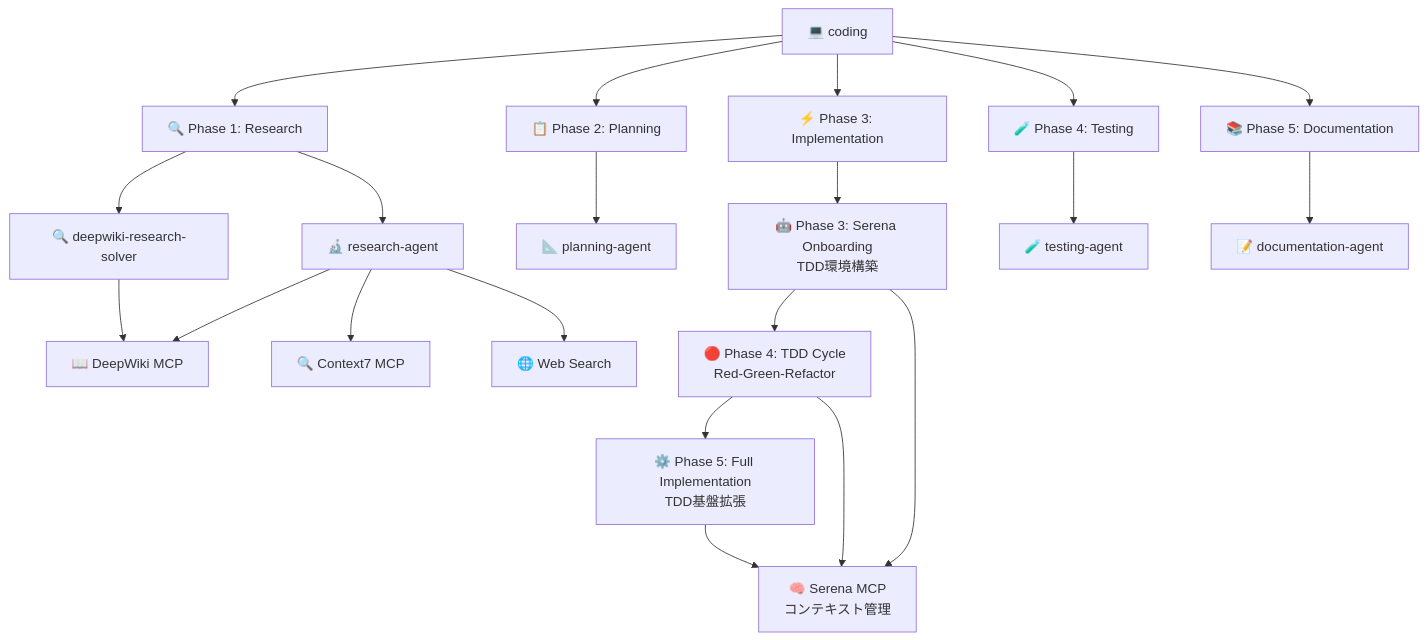
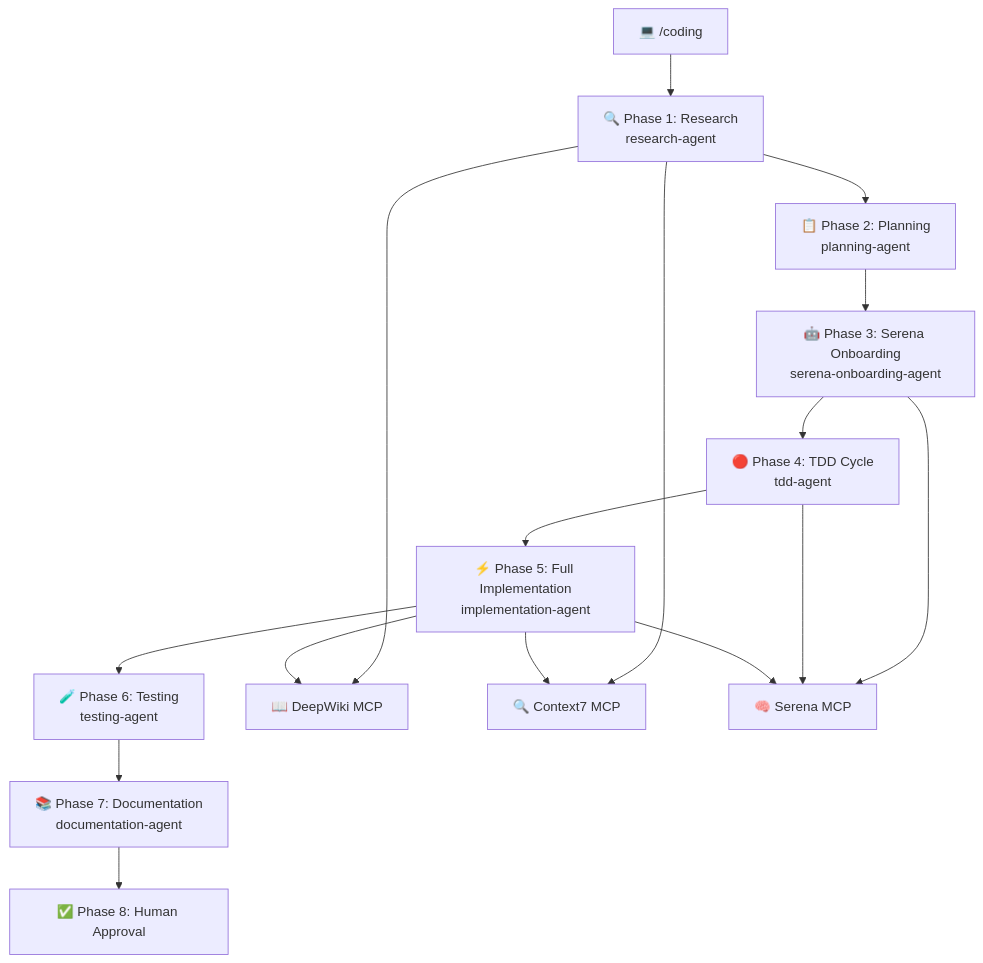
The third of 9 diagrams in docs/design/ARCHITECTURE.md (s-hiraoku/b2b-design-system), drawn with Mermaid before and after one commit. The commit also changed other lines of this file, not shown here.

````diff
--- a/docs/design/ARCHITECTURE.md
+++ b/docs/design/ARCHITECTURE.md
@@ -73,35 +73,20 @@
 ```mermaid
 graph TD
-    CodingMain[💻 coding] --> ResearchPhase[🔍 Phase 1: Research]
-    CodingMain --> PlanningPhase[📋 Phase 2: Planning]
-    CodingMain --> ImplementPhase[⚡ Phase 3: Implementation]
-    CodingMain --> TestPhase[🧪 Phase 4: Testing]
-    CodingMain --> DocPhase[📚 Phase 5: Documentation]
+    CodingMain[💻 /coding] --> Phase1[🔍 Phase 1: Research<br/>research-agent]
+    Phase1 --> Phase2[📋 Phase 2: Planning<br/>planning-agent]
+    Phase2 --> Phase3[🤖 Phase 3: Serena Onboarding<br/>serena-onboarding-agent]
+    Phase3 --> Phase4[🔴 Phase 4: TDD Cycle<br/>tdd-agent]
+    Phase4 --> Phase5[⚡ Phase 5: Full Implementation<br/>implementation-agent]
+    Phase5 --> Phase6[🧪 Phase 6: Testing<br/>testing-agent]
+    Phase6 --> Phase7[📚 Phase 7: Documentation<br/>documentation-agent]
+    Phase7 --> Approval[✅ Phase 8: Human Approval]
 
-    %% Research Phase
-    ResearchPhase --> ResearchAgent[🔬 research-agent]
-    ResearchPhase --> DeepWikiSolver[🔍 deepwiki-research-solver]
-    ResearchAgent --> DeepWiki[📖 DeepWiki MCP]
-    ResearchAgent --> Context7[🔍 Context7 MCP]
-    ResearchAgent --> WebSearch[🌐 Web Search]
-    DeepWikiSolver --> DeepWiki
-
-    %% Planning Phase
-    PlanningPhase --> PlanningAgent[📐 planning-agent]
-
-    %% Implementation Phase (TDD統一フロー)
-    ImplementPhase --> SerenaOnboard[🤖 Phase 3: Serena Onboarding<br/>TDD環境構築]
-    SerenaOnboard --> TDDCycle[🔴 Phase 4: TDD Cycle<br/>Red-Green-Refactor]
-    TDDCycle --> FullImpl[⚙️ Phase 5: Full Implementation<br/>TDD基盤拡張]
-
-    %% Serena MCP Integration
-    SerenaOnboard --> SerenaMCP[🧠 Serena MCP<br/>コンテキスト管理]
-    TDDCycle --> SerenaMCP
-    FullImpl --> SerenaMCP
-
-    %% Testing Phase
-    TestPhase --> TestingAgent[🧪 testing-agent]
-
-    %% Documentation Phase
-    DocPhase --> DocumentationAgent[📝 documentation-agent]
+    %% MCP Integrations
+    Phase1 --> DeepWiki[📖 DeepWiki MCP]
+    Phase1 --> Context7[🔍 Context7 MCP]
+    Phase3 --> SerenaMCP[🧠 Serena MCP]
+    Phase4 --> SerenaMCP
+    Phase5 --> SerenaMCP
+    Phase5 --> DeepWiki
+    Phase5 --> Context7
 ```
````
